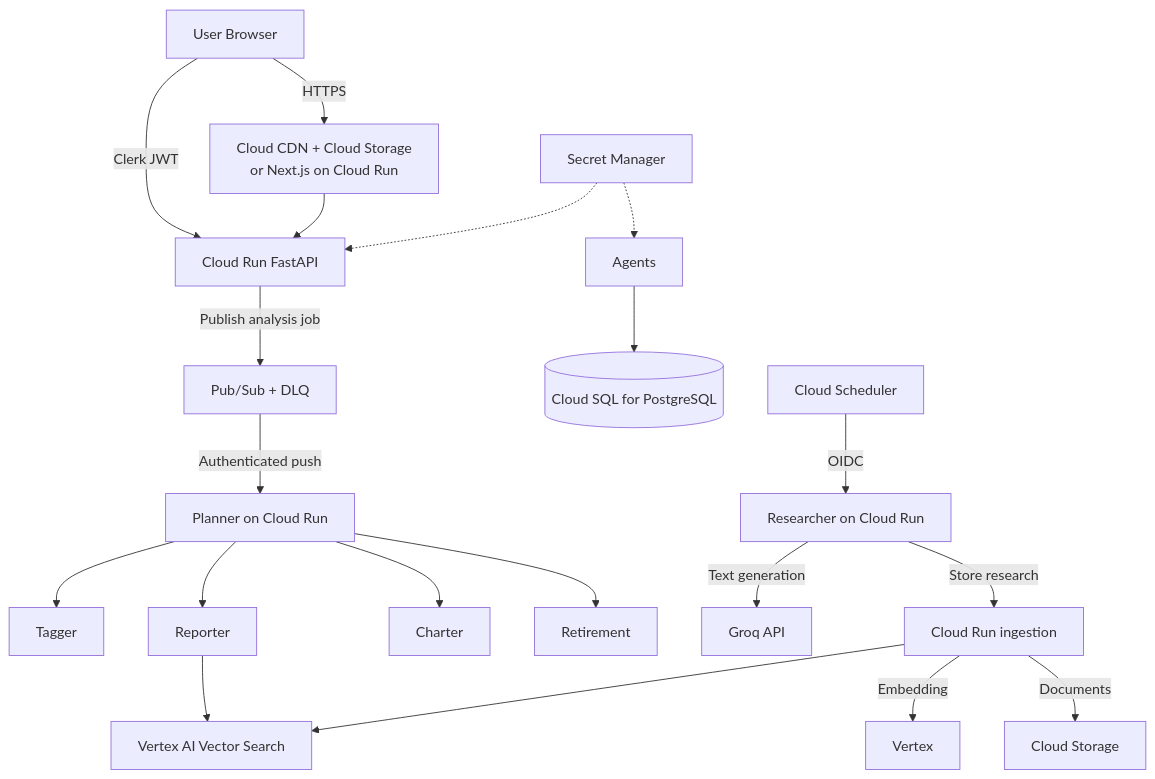
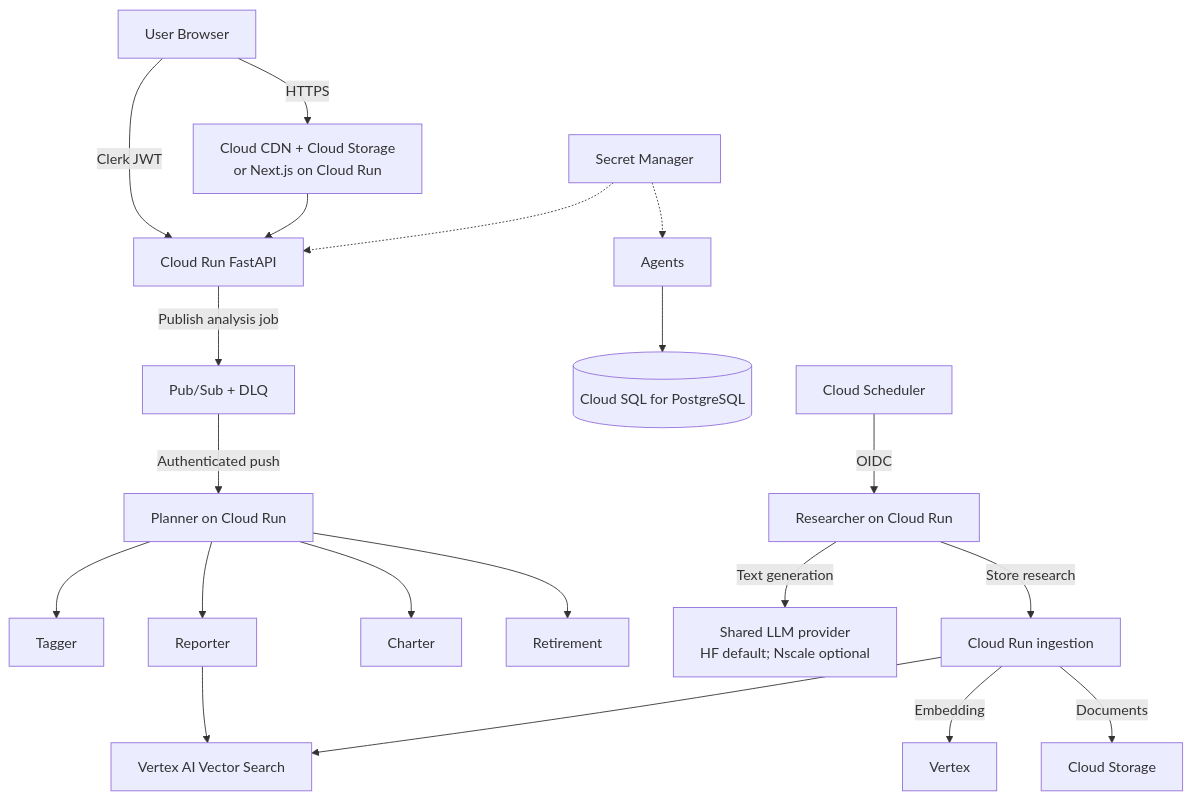
Before and after one commit to milleralan1/donner_production: the diagram in wk4/alex/guides_GCP/architecture.md, drawn with Mermaid. The commit also changed other lines of this file and 82 other files, not shown here.

````diff
--- a/wk4/alex/guides_GCP/architecture.md
+++ b/wk4/alex/guides_GCP/architecture.md
@@ -7,22 +7,22 @@
 ```mermaid
 graph TB
     User[User Browser] -->|HTTPS| Frontend[Cloud CDN + Cloud Storage<br/>or Next.js on Cloud Run]
     User -->|Clerk JWT| API[Cloud Run FastAPI]
     Frontend --> API
     API -->|Publish analysis job| PubSub[Pub/Sub + DLQ]
     PubSub -->|Authenticated push| Planner[Planner on Cloud Run]
     Planner --> Tagger[Tagger]
     Planner --> Reporter[Reporter]
     Planner --> Charter[Charter]
     Planner --> Retirement[Retirement]
     Agents --> SQL[(Cloud SQL for PostgreSQL)]
     Reporter --> Vector[Vertex AI Vector Search]
-    Researcher[Researcher on Cloud Run] -->|Text generation| Groq[Groq API]
+    Researcher[Researcher on Cloud Run] -->|Text generation| LLM[Shared LLM provider<br/>HF default; Nscale optional]
     Researcher -->|Store research| Ingest[Cloud Run ingestion]
     Ingest -->|Embedding| Vertex
     Ingest -->|Documents| GCS[Cloud Storage]
     Ingest --> Vector
     Scheduler[Cloud Scheduler] -->|OIDC| Researcher
     Secrets[Secret Manager] -.-> API
     Secrets -.-> Agents
 ```
````
